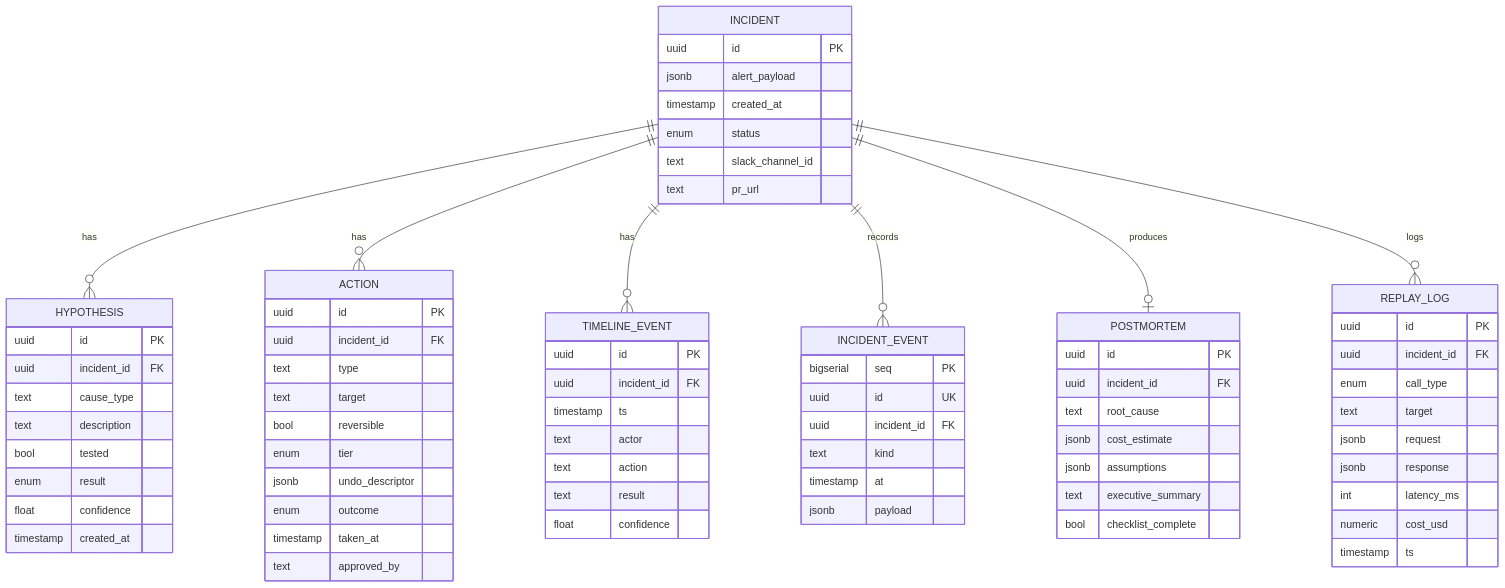
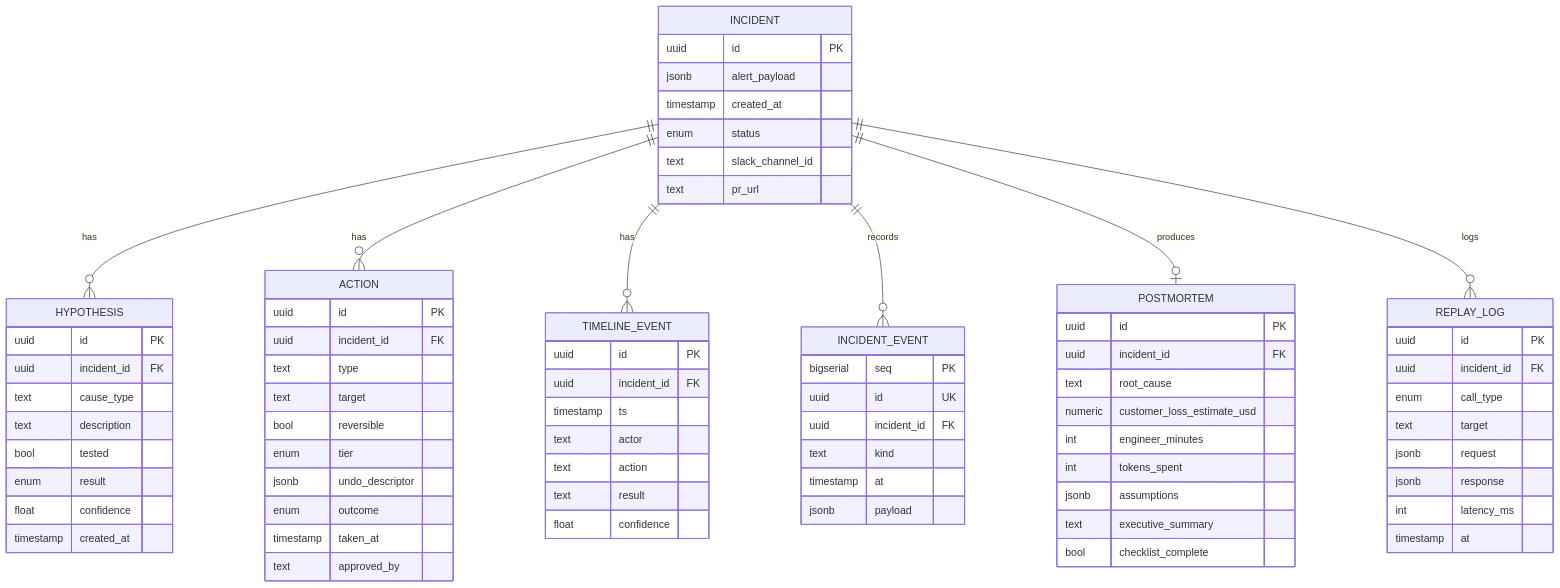
Before and after one commit to ohadraz/Argus: the fourth of 5 diagrams in docs/spec-and-architecture.md, drawn with Mermaid. The commit also changed other lines of this file and 241 other files, not shown here.

````diff
--- a/docs/spec-and-architecture.md
+++ b/docs/spec-and-architecture.md
@@ -269,77 +272,78 @@
 ```mermaid
 erDiagram
     INCIDENT ||--o{ HYPOTHESIS : has
     INCIDENT ||--o{ ACTION : has
     INCIDENT ||--o{ TIMELINE_EVENT : has
     INCIDENT ||--o{ INCIDENT_EVENT : records
     INCIDENT ||--o| POSTMORTEM : produces
     INCIDENT ||--o{ REPLAY_LOG : logs
 
     INCIDENT {
         uuid id PK
         jsonb alert_payload
         timestamp created_at
         enum status
         text slack_channel_id
         text pr_url
     }
     HYPOTHESIS {
         uuid id PK
         uuid incident_id FK
         text cause_type
         text description
         bool tested
         enum result
         float confidence
         timestamp created_at
     }
     ACTION {
         uuid id PK
         uuid incident_id FK
         text type
         text target
         bool reversible
         enum tier
         jsonb undo_descriptor
         enum outcome
         timestamp taken_at
         text approved_by
     }
     TIMELINE_EVENT {
         uuid id PK
         uuid incident_id FK
         timestamp ts
         text actor
         text action
         text result
         float confidence
     }
     INCIDENT_EVENT {
         bigserial seq PK
         uuid id UK
         uuid incident_id FK
         text kind
         timestamp at
         jsonb payload
     }
     POSTMORTEM {
         uuid id PK
         uuid incident_id FK
         text root_cause
-        jsonb cost_estimate
+        numeric customer_loss_estimate_usd
+        int engineer_minutes
+        int tokens_spent
         jsonb assumptions
         text executive_summary
         bool checklist_complete
     }
     REPLAY_LOG {
         uuid id PK
         uuid incident_id FK
         enum call_type
         text target
         jsonb request
         jsonb response
         int latency_ms
-        numeric cost_usd
-        timestamp ts
+        timestamp at
     }
 ```
````
